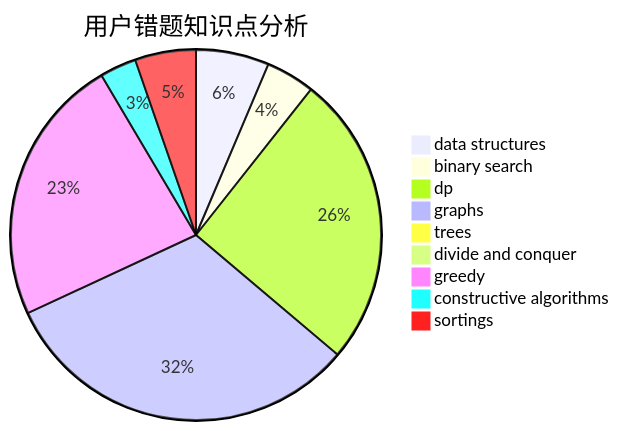
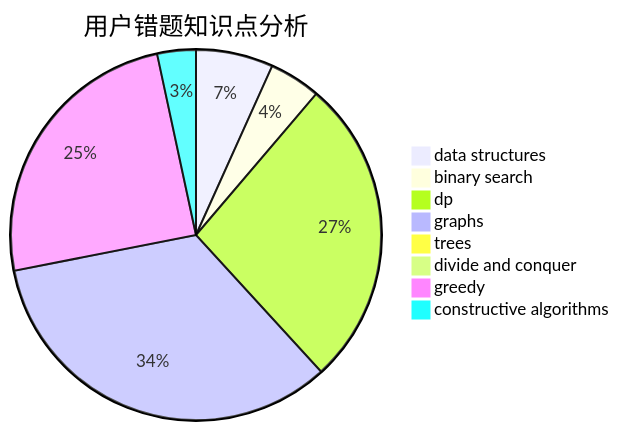
The third of 3 diagrams in docs/user/u1349.md (sherpahu/cfrs.github.io), drawn with Mermaid before and after one commit. The commit also changed other lines of this file and 2769 other files, not shown here.

````diff
--- a/docs/user/u1349.md
+++ b/docs/user/u1349.md
@@ -32,12 +31,11 @@
 ```mermaid
 pie title 用户错题知识点分析
     "data structures" :  6
     "binary search" :  4
     "dp" :  24
     "graphs" :  30
     "trees" :  0
     "divide and conquer" :  0
     "greedy" :  22
     "constructive algorithms" :  3
-    "sortings" :  5
 ```
````
